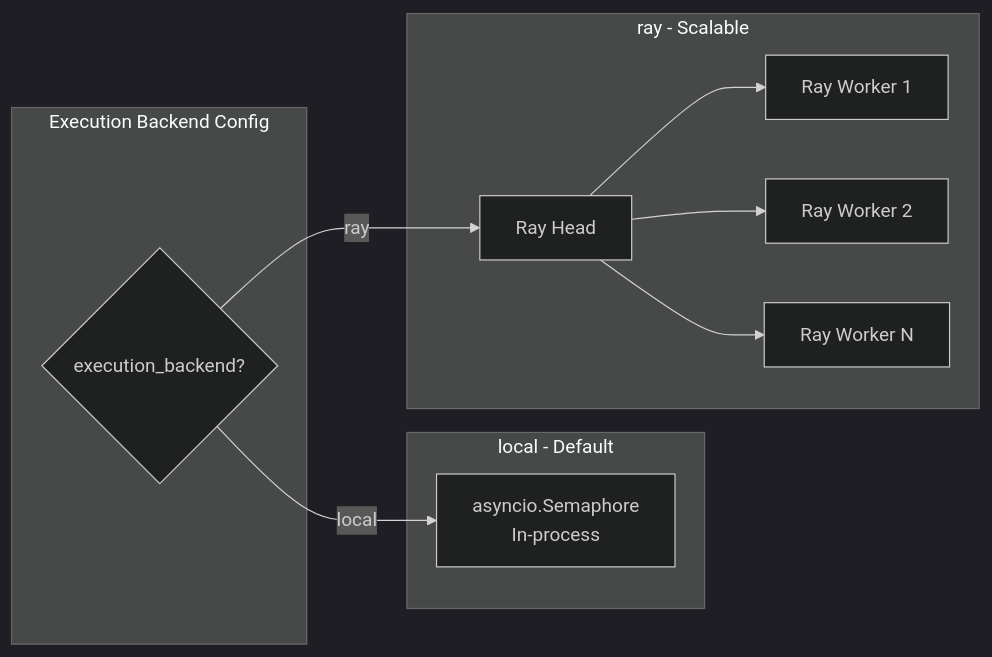
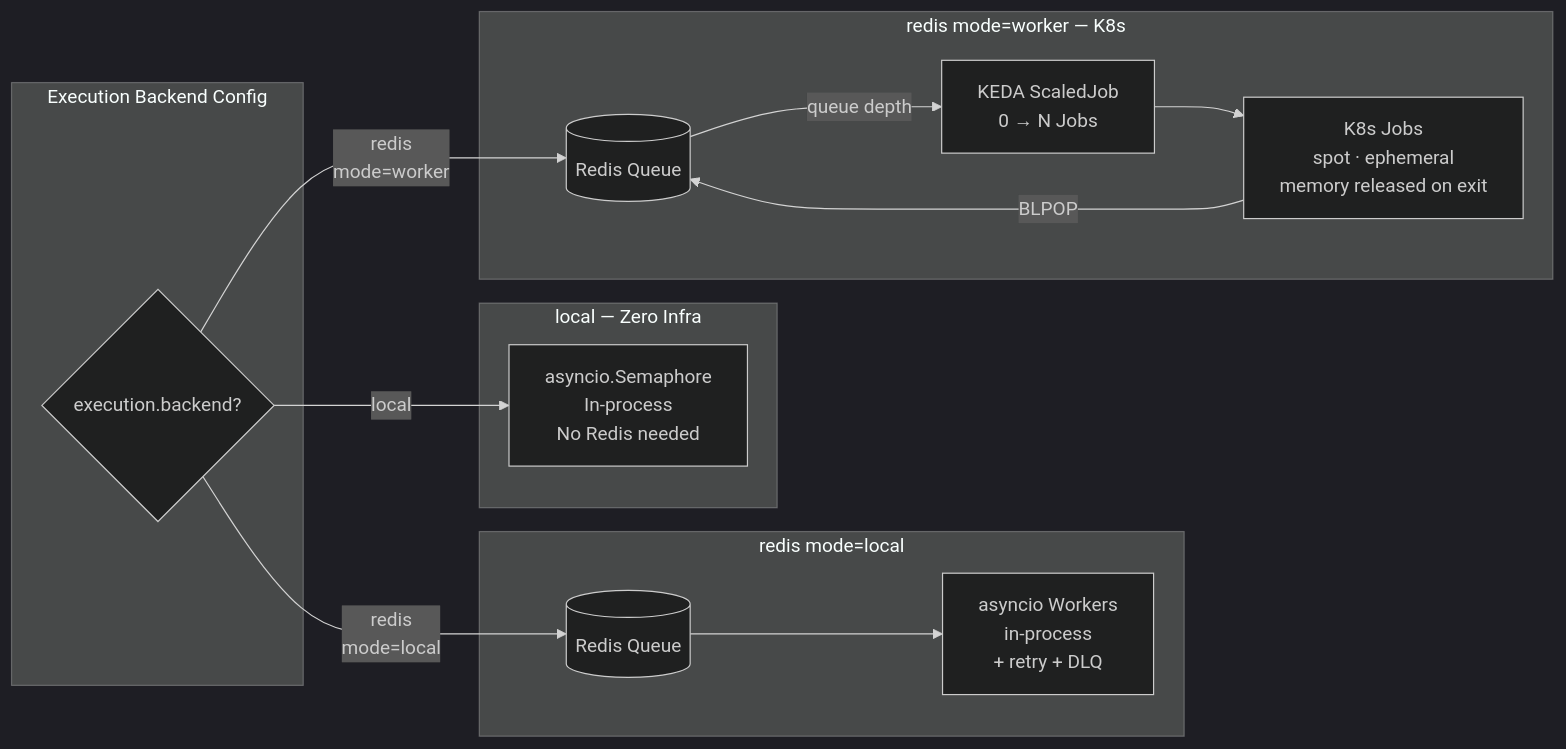
Before and after one commit to AgNess-G/openrag: the first of 2 diagrams in Arch/composable Arch 2.md, drawn with Mermaid (dark theme). The commit also changed other lines of this file and 27 other files, not shown here.

First line of the commit message:
Switch execution backend from Ray to Redis+KEDA

````diff
--- a/Arch/composable Arch 2.md
+++ b/Arch/composable Arch 2.md
@@ -42,23 +57,28 @@
 ```mermaid
 flowchart LR
     subgraph config_choice [Execution Backend Config]
-        Mode{"execution_backend?"}
+        Mode{"execution.backend?"}
     end
 
-    subgraph local_mode [local - Default]
-        AsyncSem["asyncio.Semaphore\nIn-process"]
+    subgraph local_mode [local — Zero Infra]
+        AsyncSem["asyncio.Semaphore\nIn-process\nNo Redis needed"]
     end
 
-    subgraph ray_mode [ray - Scalable]
-        RayHead["Ray Head"]
-        RayW1["Ray Worker 1"]
-        RayW2["Ray Worker 2"]
-        RayWN["Ray Worker N"]
-        RayHead --> RayW1
-        RayHead --> RayW2
-        RayHead --> RayWN
+    subgraph redis_local [redis mode=local]
+        RLocalQ[("Redis Queue")]
+        RLocalW["asyncio Workers\nin-process\n+ retry + DLQ"]
+        RLocalQ --> RLocalW
+    end
+
+    subgraph redis_worker [redis mode=worker — K8s]
+        RQ[("Redis Queue")]
+        KEDA["KEDA ScaledJob\n0 → N Jobs"]
+        Jobs["K8s Jobs\nspot · ephemeral\nmemory released on exit"]
+        RQ -->|"queue depth"| KEDA --> Jobs
+        Jobs -->|"BLPOP"| RQ
     end
 
     Mode -->|"local"| AsyncSem
-    Mode -->|"ray"| RayHead
+    Mode -->|"redis\nmode=local"| RLocalQ
+    Mode -->|"redis\nmode=worker"| RQ
 ```
````
